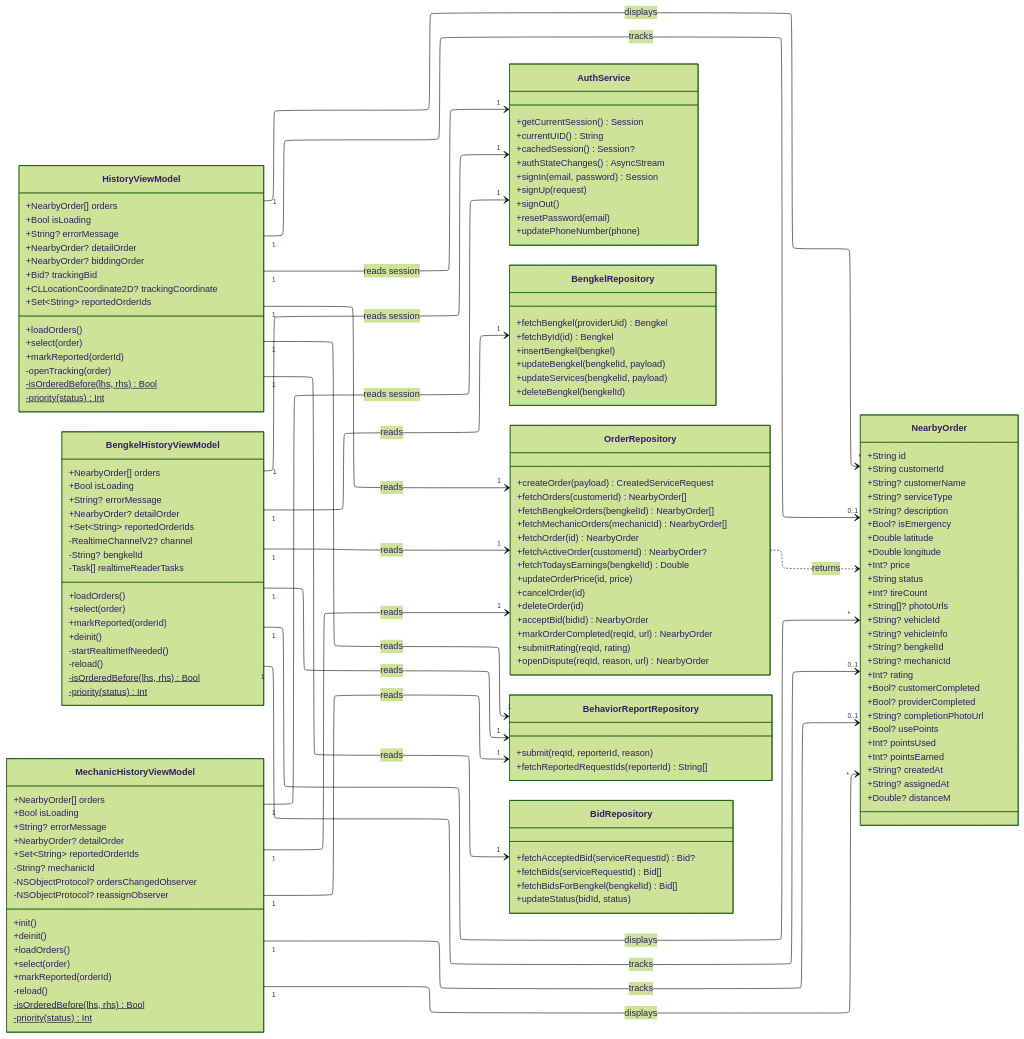
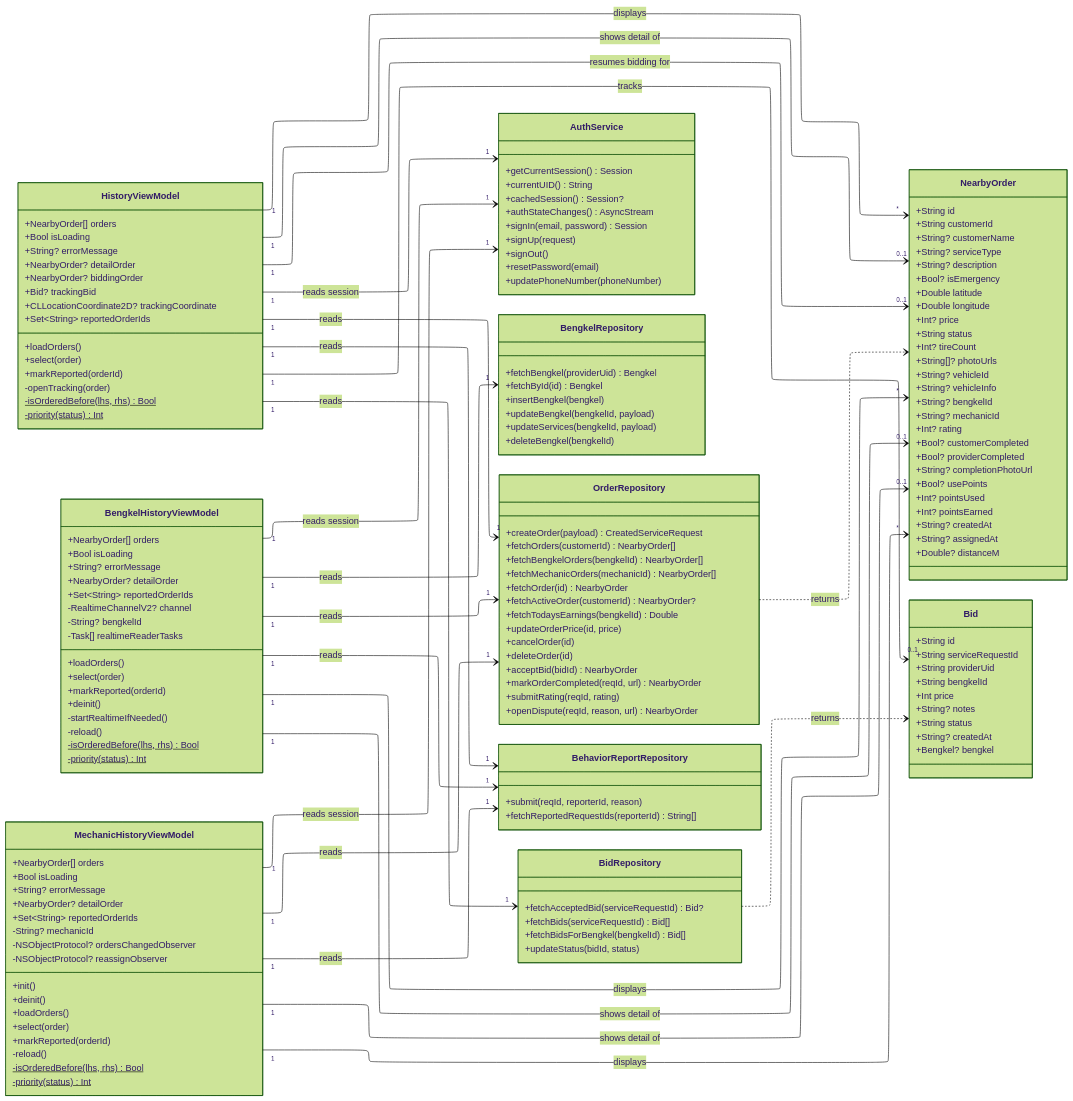
Before and after one commit to rei-soemanto/BengkelIn_SE: diagram 11 of 12 in diagram/feature-class-diagrams.md, drawn with Mermaid (forest theme). The commit also changed other lines of this file and 2 other files, not shown here.

Commit message:
more accurate full class diagram

````diff
--- a/diagram/feature-class-diagrams.md
+++ b/diagram/feature-class-diagrams.md
@@ -1789,7 +1790,7 @@
         +signUp(request)
         +signOut()
         +resetPassword(email)
-        +updatePhoneNumber(phone)
+        +updatePhoneNumber(phoneNumber)
     }
     class BengkelRepository {
         +fetchBengkel(providerUid) Bengkel
@@ -1905,24 +1906,38 @@
         +fetchBidsForBengkel(bengkelId) Bid[]
         +updateStatus(bidId, status)
     }
+    class Bid {
+        +String id
+        +String serviceRequestId
+        +String providerUid
+        +String bengkelId
+        +Int price
+        +String? notes
+        +String status
+        +String? createdAt
+        +Bengkel? bengkel
+    }
 
     HistoryViewModel "1" --> "1" OrderRepository : reads
     HistoryViewModel "1" --> "1" BidRepository : reads
     HistoryViewModel "1" --> "1" BehaviorReportRepository : reads
     HistoryViewModel "1" --> "1" AuthService : reads session
     HistoryViewModel "1" --> "*" NearbyOrder : displays
-    HistoryViewModel "1" --> "0..1" NearbyOrder : tracks
+    HistoryViewModel "1" --> "0..1" NearbyOrder : shows detail of
+    HistoryViewModel "1" --> "0..1" NearbyOrder : resumes bidding for
+    HistoryViewModel "1" --> "0..1" Bid : tracks
     BengkelHistoryViewModel "1" --> "1" OrderRepository : reads
     BengkelHistoryViewModel "1" --> "1" BengkelRepository : reads
     BengkelHistoryViewModel "1" --> "1" BehaviorReportRepository : reads
     BengkelHistoryViewModel "1" --> "1" AuthService : reads session
     BengkelHistoryViewModel "1" --> "*" NearbyOrder : displays
-    BengkelHistoryViewModel "1" --> "0..1" NearbyOrder : tracks
+    BengkelHistoryViewModel "1" --> "0..1" NearbyOrder : shows detail of
     MechanicHistoryViewModel "1" --> "1" OrderRepository : reads
     MechanicHistoryViewModel "1" --> "1" BehaviorReportRepository : reads
     MechanicHistoryViewModel "1" --> "1" AuthService : reads session
     MechanicHistoryViewModel "1" --> "*" NearbyOrder : displays
-    MechanicHistoryViewModel "1" --> "0..1" NearbyOrder : tracks
+    MechanicHistoryViewModel "1" --> "0..1" NearbyOrder : shows detail of
     OrderRepository ..> NearbyOrder : returns
+    BidRepository ..> Bid : returns
 
 ```
````
